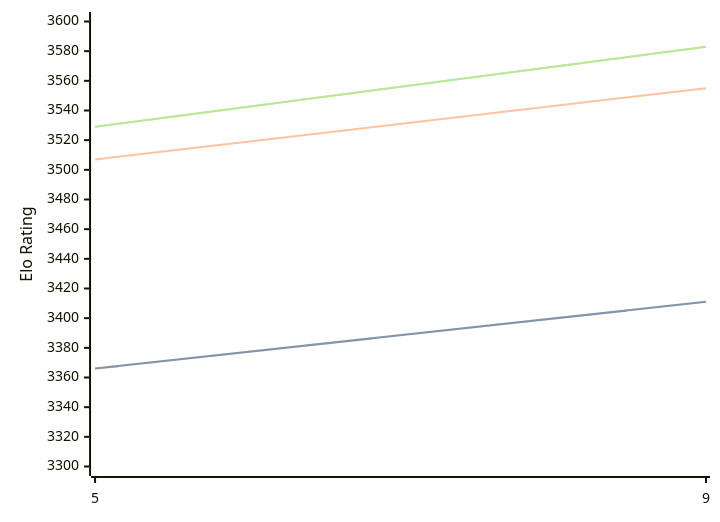
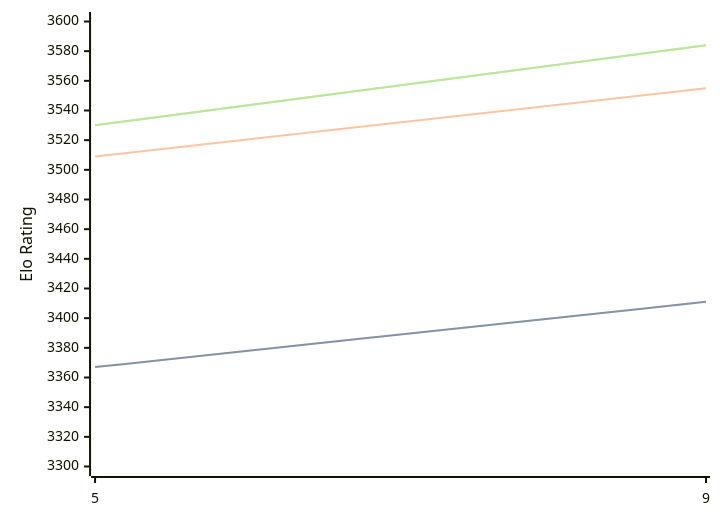
Before and after one commit to computer-chess-index/cci: the third of 3 diagrams in engines/Crystal.md, drawn with Mermaid. The commit also changed other lines of this file, not shown here.

Commit message:
Update CCI Ratings (ELO VLTC) - 2026-07-02

````diff
--- a/engines/Crystal.md
+++ b/engines/Crystal.md
@@ -93,11 +93,11 @@
 ```mermaid
 %%{init: {"theme":"base","themeVariables":{"seriesColors:['#a3a3a3','#222221','#faa371']}}}%%
 xychart-beta
   x-axis ["5", "9"]
   y-axis "Elo Rating" 3300 --> 3600
-  line "STC (8.0+0.08s)" [3366, 3411]
-  line "STC (8.0+0.08s)" [3366, 3411]
-  line "LTC (60.0+0.60s)" [3507, 3555]
-  line "VLTC (2m24s+1.12s)" [3529, 3583]
-  line "VLTC (2m24s+1.12s)" [3529, 3583]
+  line "STC (8.0+0.08s)" [3367, 3411]
+  line "STC (8.0+0.08s)" [3367, 3411]
+  line "LTC (60.0+0.60s)" [3509, 3555]
+  line "VLTC (2m24s+1.12s)" [3530, 3584]
+  line "VLTC (2m24s+1.12s)" [3530, 3584]
 ```
````
